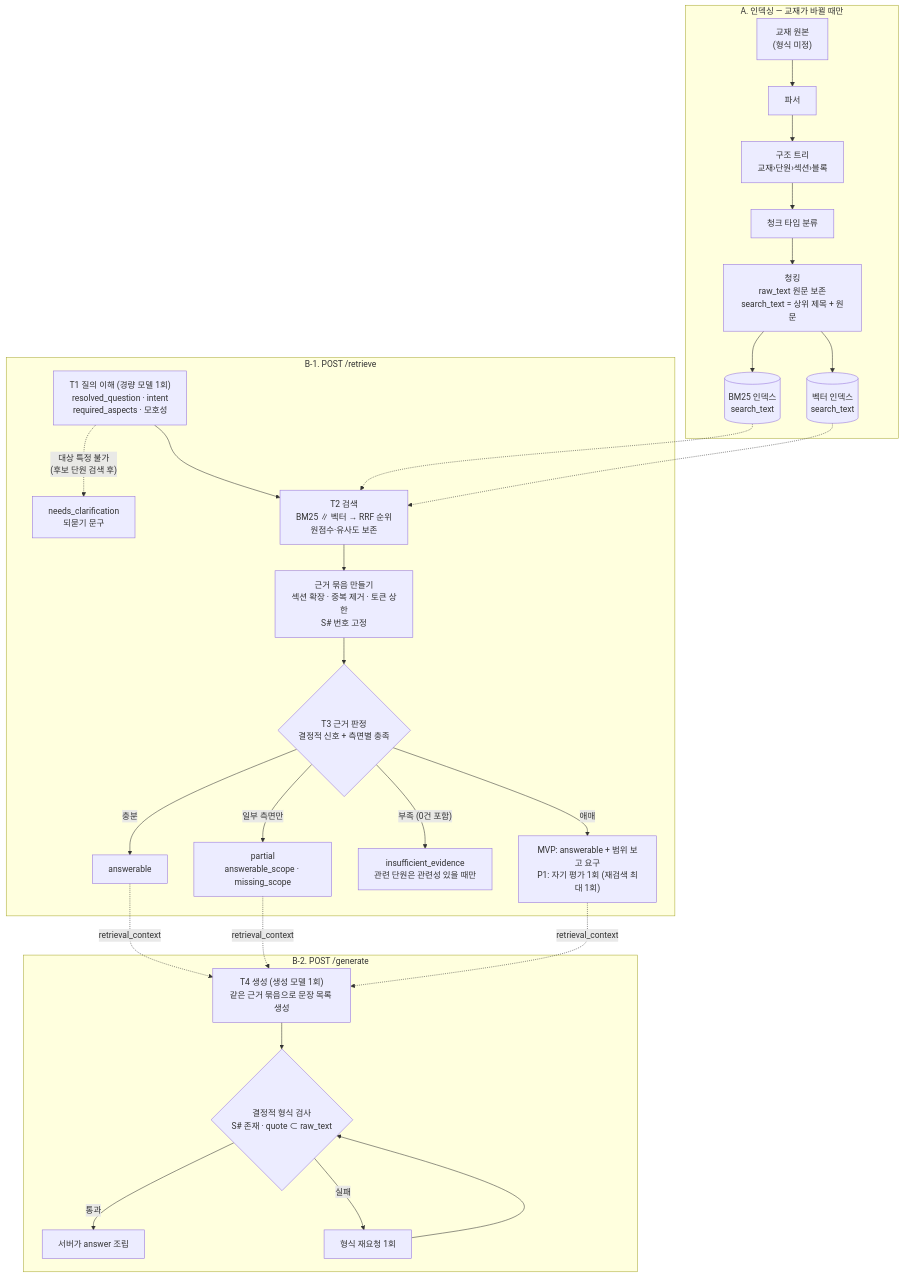
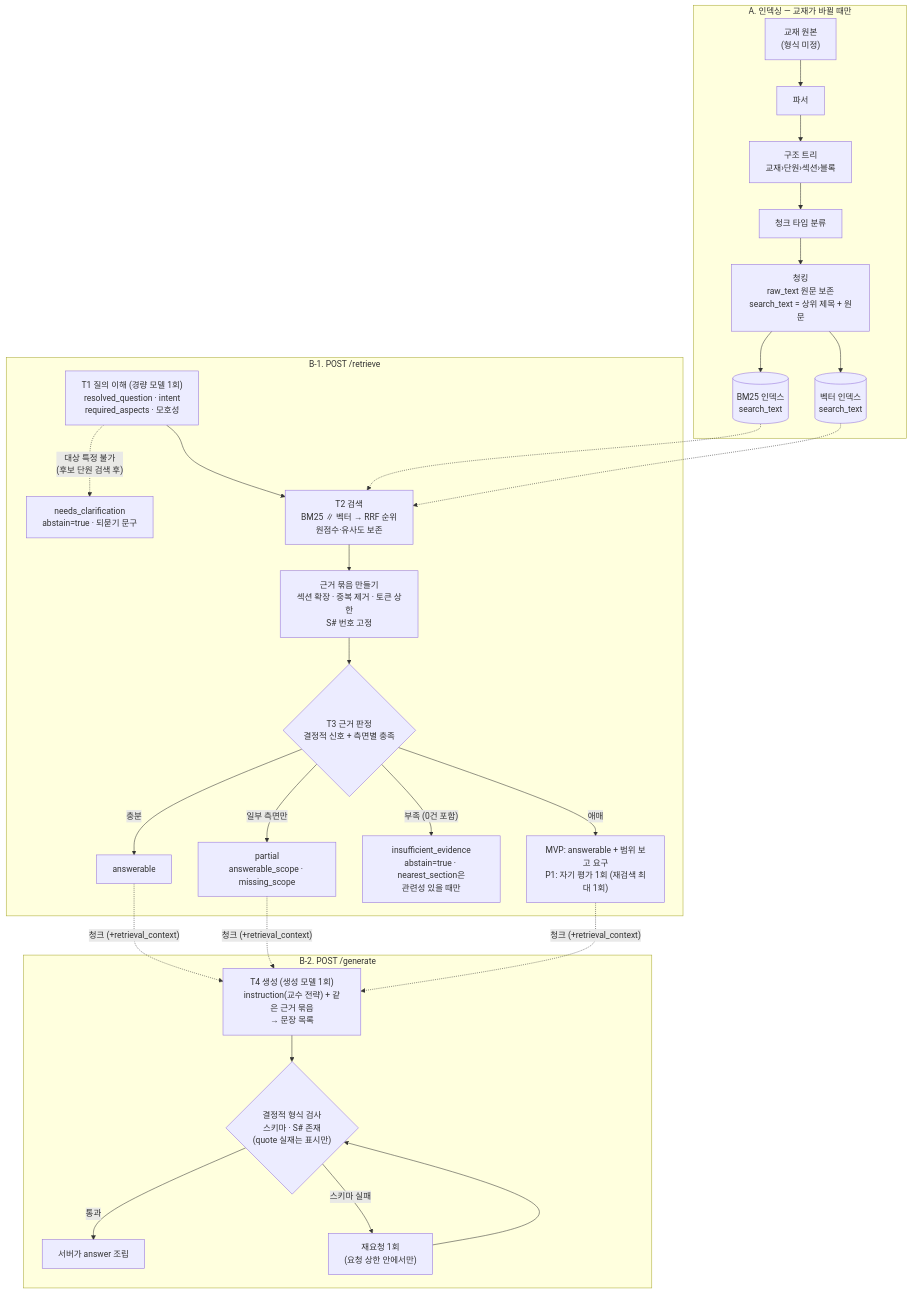
The second of 2 diagrams in tutor/docs/TUTOR_PRD.md (pataegonia/CheshireCat), drawn with Mermaid before and after one commit. The commit also changed other lines of this file, not shown here.

````diff
--- a/tutor/docs/TUTOR_PRD.md
+++ b/tutor/docs/TUTOR_PRD.md
@@ -225,34 +227,34 @@
 ```mermaid
 flowchart TB
   subgraph IDX["A. 인덱싱 — 교재가 바뀔 때만"]
     A1["교재 원본<br/>(형식 미정)"] --> A2["파서"] --> A3["구조 트리<br/>교재›단원›섹션›블록"]
     A3 --> A4["청크 타입 분류"] --> A5["청킹<br/>raw_text 원문 보존<br/>search_text = 상위 제목 + 원문"]
     A5 --> A6[("BM25 인덱스<br/>search_text")]
     A5 --> A7[("벡터 인덱스<br/>search_text")]
   end
 
   subgraph RET["B-1. POST /retrieve"]
     T1["T1 질의 이해 (경량 모델 1회)<br/>resolved_question · intent<br/>required_aspects · 모호성"]
-    T1 -.->|"대상 특정 불가<br/>(후보 단원 검색 후)"| CL["needs_clarification<br/>되묻기 문구"]
+    T1 -.->|"대상 특정 불가<br/>(후보 단원 검색 후)"| CL["needs_clarification<br/>abstain=true · 되묻기 문구"]
     T1 --> T2["T2 검색<br/>BM25 ∥ 벡터 → RRF 순위<br/>원점수·유사도 보존"]
     T2 --> EB["근거 묶음 만들기<br/>섹션 확장 · 중복 제거 · 토큰 상한<br/>S# 번호 고정"]
     EB --> T3{"T3 근거 판정<br/>결정적 신호 + 측면별 충족"}
     T3 -->|"충분"| OK["answerable"]
     T3 -->|"일부 측면만"| PA["partial<br/>answerable_scope · missing_scope"]
-    T3 -->|"부족 (0건 포함)"| IN["insufficient_evidence<br/>관련 단원은 관련성 있을 때만"]
+    T3 -->|"부족 (0건 포함)"| IN["insufficient_evidence<br/>abstain=true · nearest_section은<br/>관련성 있을 때만"]
     T3 -->|"애매"| MID["MVP: answerable + 범위 보고 요구<br/>P1: 자기 평가 1회 (재검색 최대 1회)"]
   end
 
   subgraph GEN["B-2. POST /generate"]
-    T4["T4 생성 (생성 모델 1회)<br/>같은 근거 묶음으로 문장 목록 생성"]
-    T4 --> FV{"결정적 형식 검사<br/>S# 존재 · quote ⊂ raw_text"}
+    T4["T4 생성 (생성 모델 1회)<br/>instruction(교수 전략) + 같은 근거 묶음<br/>→ 문장 목록"]
+    T4 --> FV{"결정적 형식 검사<br/>스키마 · S# 존재<br/>(quote 실재는 표시만)"}
     FV -->|"통과"| AS["서버가 answer 조립"]
-    FV -->|"실패"| RT["형식 재요청 1회"] --> FV
+    FV -->|"스키마 실패"| RT["재요청 1회<br/>(요청 상한 안에서만)"] --> FV
   end
 
   A6 -.-> T2
   A7 -.-> T2
-  OK -.->|"retrieval_context"| T4
-  PA -.->|"retrieval_context"| T4
-  MID -.->|"retrieval_context"| T4
+  OK -.->|"청크 (+retrieval_context)"| T4
+  PA -.->|"청크 (+retrieval_context)"| T4
+  MID -.->|"청크 (+retrieval_context)"| T4
 ```
````
